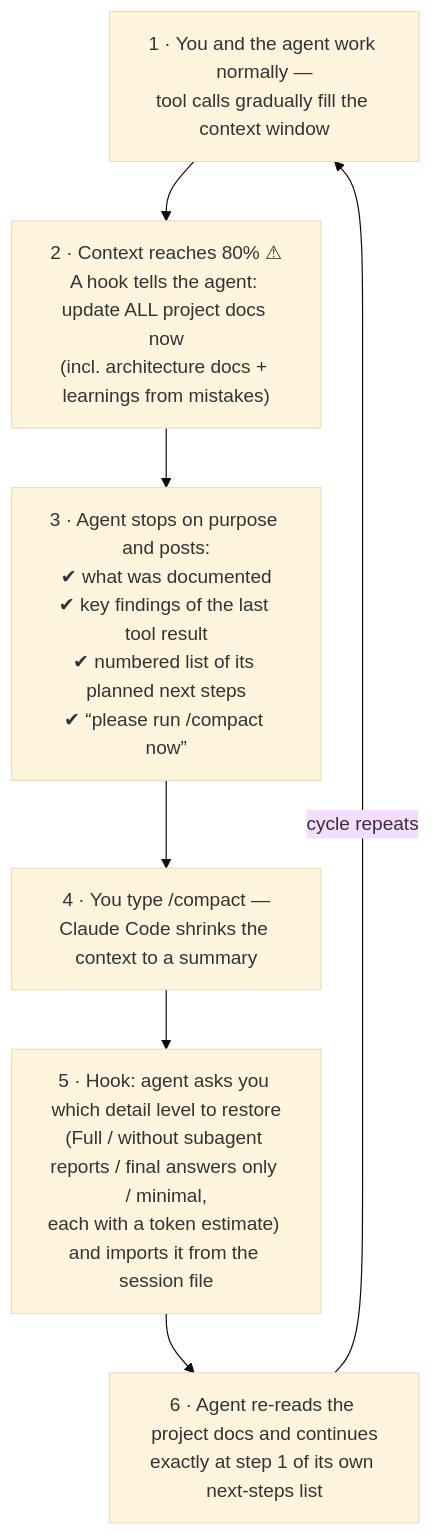
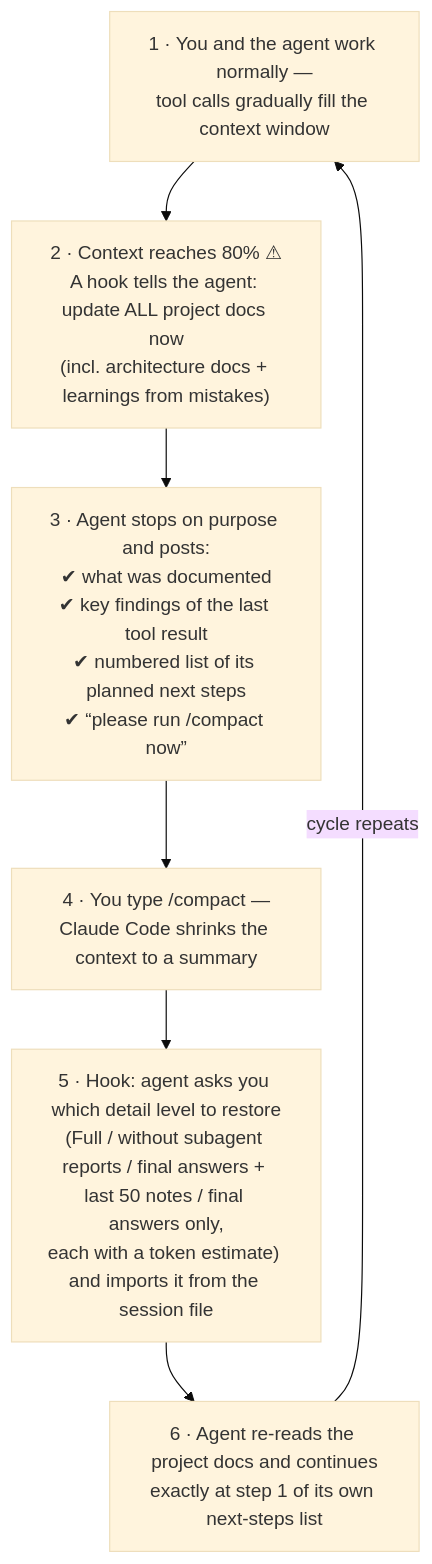
One commit to hafnera/context-cycle changed the diagram in README.md. Above: the diagram before and after it, drawn with Mermaid (base theme). The commit also changed other lines of this file and 8 other files, not shown here.

Commit message:
New detail level 'Final answers + last 50 notes' (--notes-last) on the question card; Minimal on request (v1.18.0)

````diff
--- a/README.md
+++ b/README.md
@@ -20,12 +20,12 @@
 ```mermaid
 flowchart TD
     A["1 · You and the agent work normally —<br/>tool calls gradually fill the context window"]
     B["2 · Context reaches 80% ⚠<br/>A hook tells the agent: update ALL project docs now<br/>(incl. architecture docs + learnings from mistakes)"]
     C["3 · Agent stops on purpose and posts:<br/>✔ what was documented<br/>✔ key findings of the last tool result<br/>✔ numbered list of its planned next steps<br/>✔ “please run /compact now”"]
     D["4 · You type /compact —<br/>Claude Code shrinks the context to a summary"]
-    E["5 · Hook: agent asks you which detail level to restore<br/>(Full / without subagent reports / final answers only / minimal,<br/>each with a token estimate) and imports it from the session file"]
+    E["5 · Hook: agent asks you which detail level to restore<br/>(Full / without subagent reports / final answers + last 50 notes / final answers only,<br/>each with a token estimate) and imports it from the session file"]
     F["6 · Agent re-reads the project docs and continues<br/>exactly at step 1 of its own next-steps list"]
 
     A --> B --> C --> D --> E --> F
     F -->|"cycle repeats"| A
 ```
````
